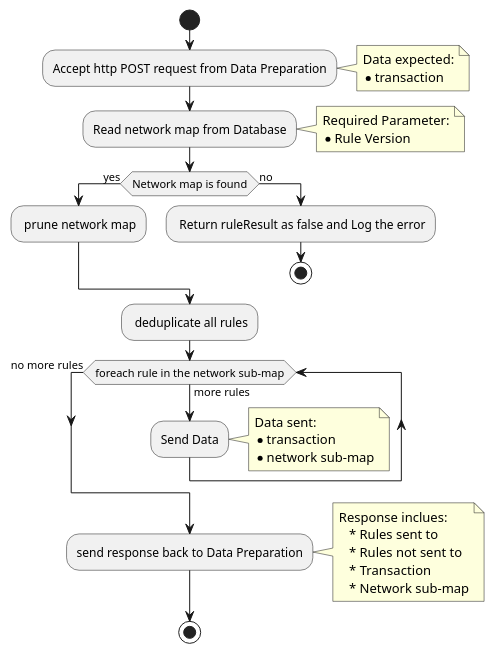
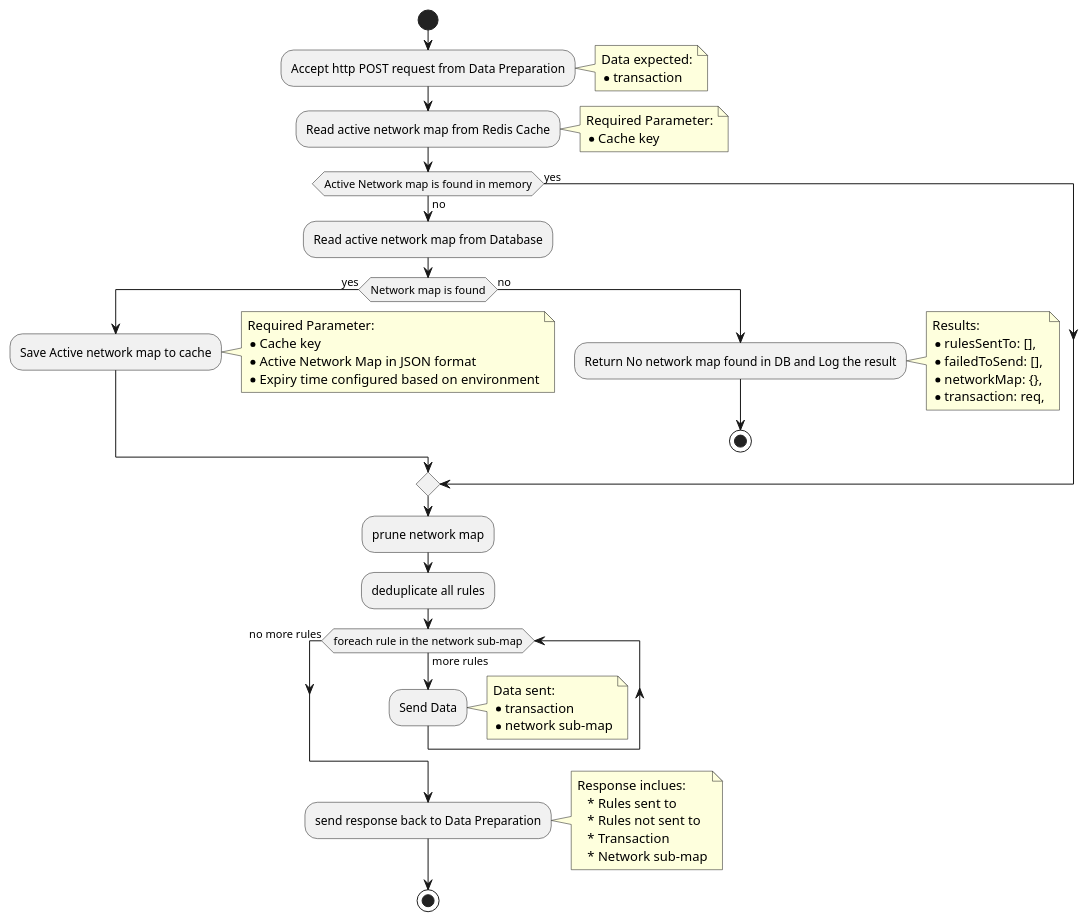
The diagram in services/CRSP.plantuml (frmscoe/uml-diagrams), drawn with PlantUML before and after one commit.

Commit message:
update crsp uml

```diff
--- a/services/CRSP.plantuml
+++ b/services/CRSP.plantuml
@@ -1,37 +1,55 @@
 @startuml
 start
 :Accept http POST request from Data Preparation;
  note right
             Data expected:
             * transaction
         end note
-:Read network map from Database;
- note right
+:Read active network map from Redis Cache;
+note right
             Required Parameter:
-            * Rule Version
+            * Cache key
         end note
+if (Active Network map is found in memory) then (yes)
+else (no)
+:Read active network map from Database;
 if (Network map is found) then (yes)
-  : prune network map;
+  :Save Active network map to cache;
+note right
+            Required Parameter:
+            * Cache key
+            * Active Network Map in JSON format
+            * Expiry time configured based on environment
+        end note
 else (no)
-  : Return ruleResult as false and Log the error;
+  :Return No network map found in DB and Log the result;
+note right
+            Results:
+            * rulesSentTo: [],
+            * failedToSend: [],
+            * networkMap: {},
+            * transaction: req,
+        end note
   stop
 endif
-: deduplicate all rules;
+endif
+:prune network map;
+:deduplicate all rules;
 while (foreach rule in the network sub-map) is (more rules)
     :Send Data;
      note right
             Data sent:
             * transaction
             * network sub-map
         end note
 endwhile (no more rules)
 :send response back to Data Preparation;
  note right
      Response inclues:
         * Rules sent to
         * Rules not sent to
         * Transaction
         * Network sub-map
      end note
 stop
 @enduml
```
